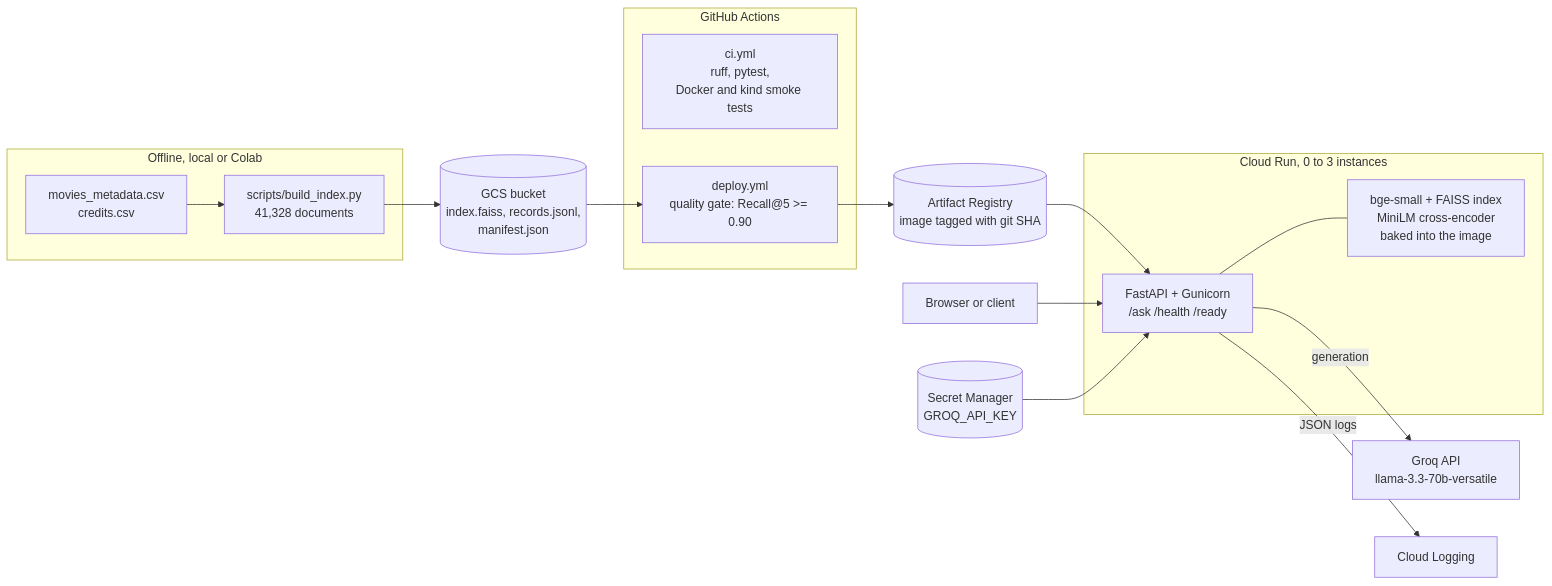
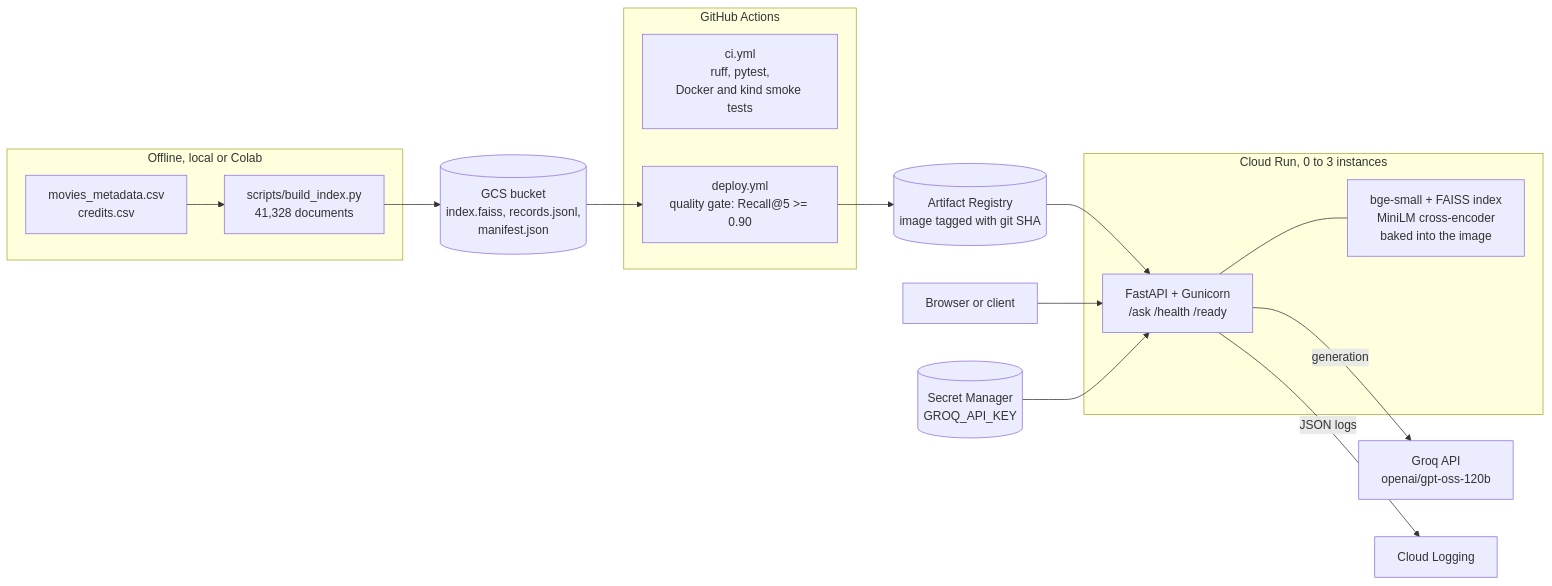
One commit to efe-akpinar/local-movie-rag changed the second of 2 diagrams in README.md. Above: the diagram before and after it, drawn with Mermaid. The commit also changed other lines of this file and 6 other files, not shown here.

Commit message:
Switch Groq model to openai/gpt-oss-120b, configurable via GROQ_MODEL

````diff
--- a/README.md
+++ b/README.md
@@ -152,23 +152,23 @@
 ```mermaid
 flowchart LR
     subgraph Offline["Offline, local or Colab"]
         CSV["movies_metadata.csv<br/>credits.csv"] --> Build["scripts/build_index.py<br/>41,328 documents"]
     end
     Build --> GCS[("GCS bucket<br/>index.faiss, records.jsonl,<br/>manifest.json")]
     subgraph Actions["GitHub Actions"]
         CI["ci.yml<br/>ruff, pytest,<br/>Docker and kind smoke tests"]
         Deploy["deploy.yml<br/>quality gate: Recall@5 >= 0.90"]
     end
     GCS --> Deploy
     Deploy --> AR[("Artifact Registry<br/>image tagged with git SHA")]
     AR --> API
     subgraph Run["Cloud Run, 0 to 3 instances"]
         API["FastAPI + Gunicorn<br/>/ask /health /ready"]
         Models["bge-small + FAISS index<br/>MiniLM cross-encoder<br/>baked into the image"]
         API --- Models
     end
     User["Browser or client"] --> API
     SM[("Secret Manager<br/>GROQ_API_KEY")] --> API
-    API -->|"generation"| Groq["Groq API<br/>llama-3.3-70b-versatile"]
+    API -->|"generation"| Groq["Groq API<br/>openai/gpt-oss-120b"]
     API -->|"JSON logs"| Logging["Cloud Logging"]
 ```
````
